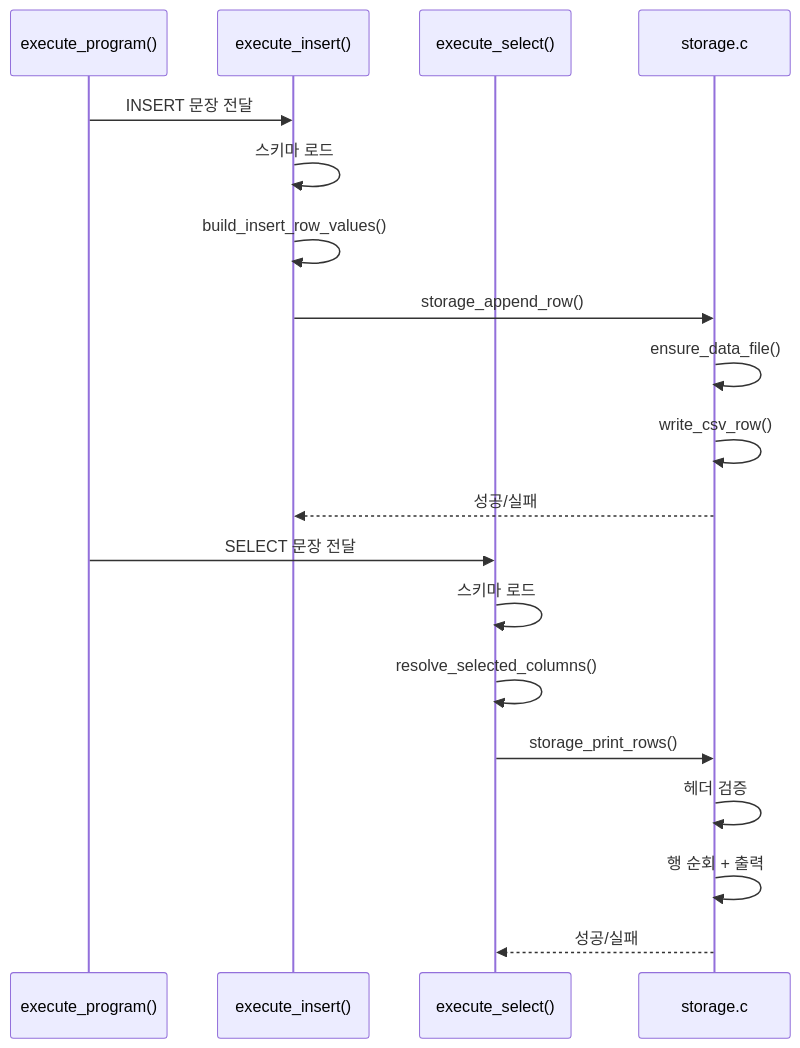
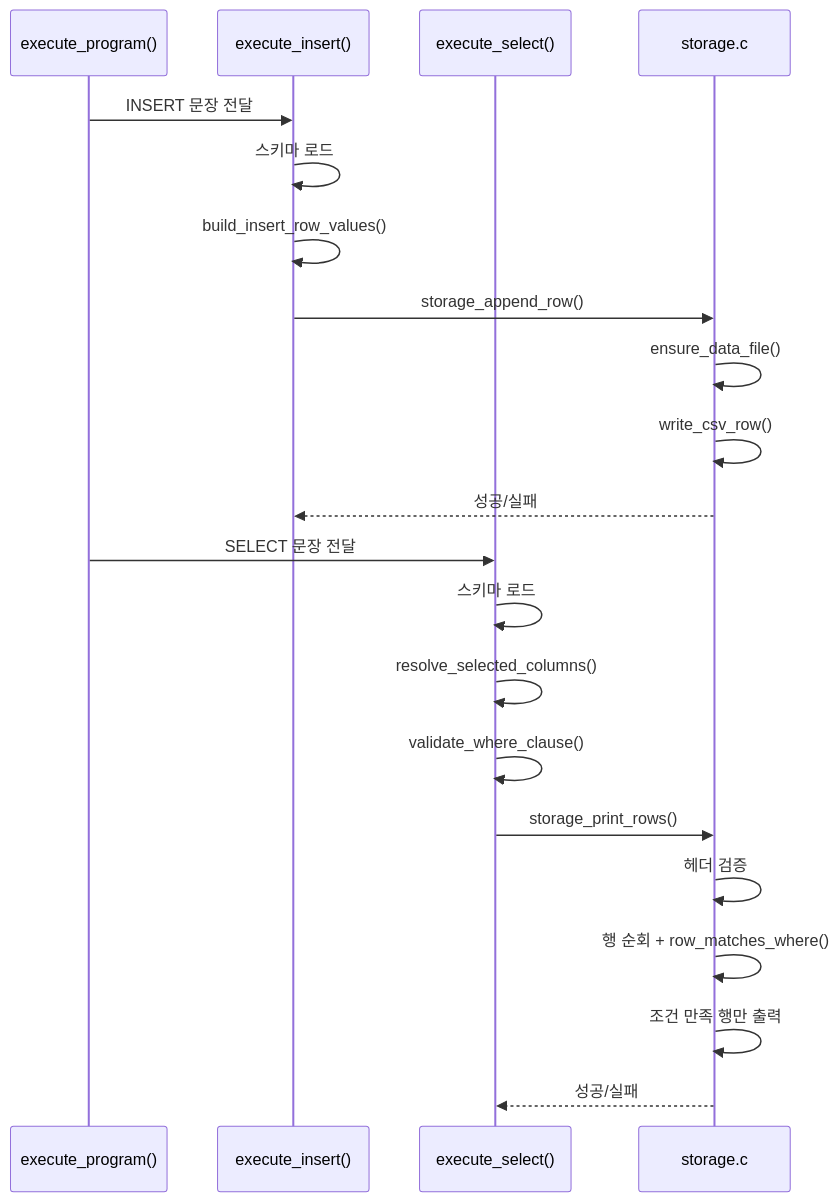
Before and after one commit to Jungle-12-303/week6-team5-sql: diagram 17 of 17 in docs/storage-executor.md, drawn with Mermaid. The commit also changed other lines of this file and 4 other files, not shown here.

````diff
--- a/docs/storage-executor.md
+++ b/docs/storage-executor.md
@@ -440,23 +523,25 @@
 ```mermaid
 sequenceDiagram
     participant EP as execute_program()
     participant EI as execute_insert()
     participant ES as execute_select()
     participant ST as storage.c
 
     EP->>EI: INSERT 문장 전달
     EI->>EI: 스키마 로드
     EI->>EI: build_insert_row_values()
     EI->>ST: storage_append_row()
     ST->>ST: ensure_data_file()
     ST->>ST: write_csv_row()
     ST-->>EI: 성공/실패
 
     EP->>ES: SELECT 문장 전달
     ES->>ES: 스키마 로드
     ES->>ES: resolve_selected_columns()
+    ES->>ES: validate_where_clause()
     ES->>ST: storage_print_rows()
     ST->>ST: 헤더 검증
-    ST->>ST: 행 순회 + 출력
+    ST->>ST: 행 순회 + row_matches_where()
+    ST->>ST: 조건 만족 행만 출력
     ST-->>ES: 성공/실패
 ```
````
